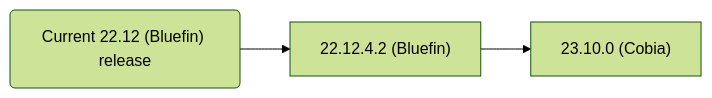
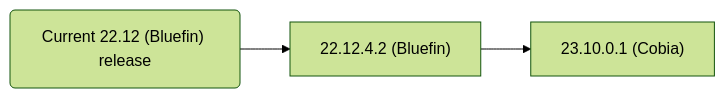
Before and after one commit to truenas/documentation: the second of 2 diagrams in content/GettingStarted/SCALEReleaseNotes.md, drawn with Mermaid (forest theme). The commit also changed other lines of this file, not shown here.

````diff
--- a/content/GettingStarted/SCALEReleaseNotes.md
+++ b/content/GettingStarted/SCALEReleaseNotes.md
@@ -127,4 +127,4 @@
 ```mermaid
 flowchart LR
-A("Current 22.12 (Bluefin) release") --> B["22.12.4.2 (Bluefin)"] --> C["23.10.0 (Cobia)"]
+A("Current 22.12 (Bluefin) release") --> B["22.12.4.2 (Bluefin)"] --> C["23.10.0.1 (Cobia)"]
 ```
````
